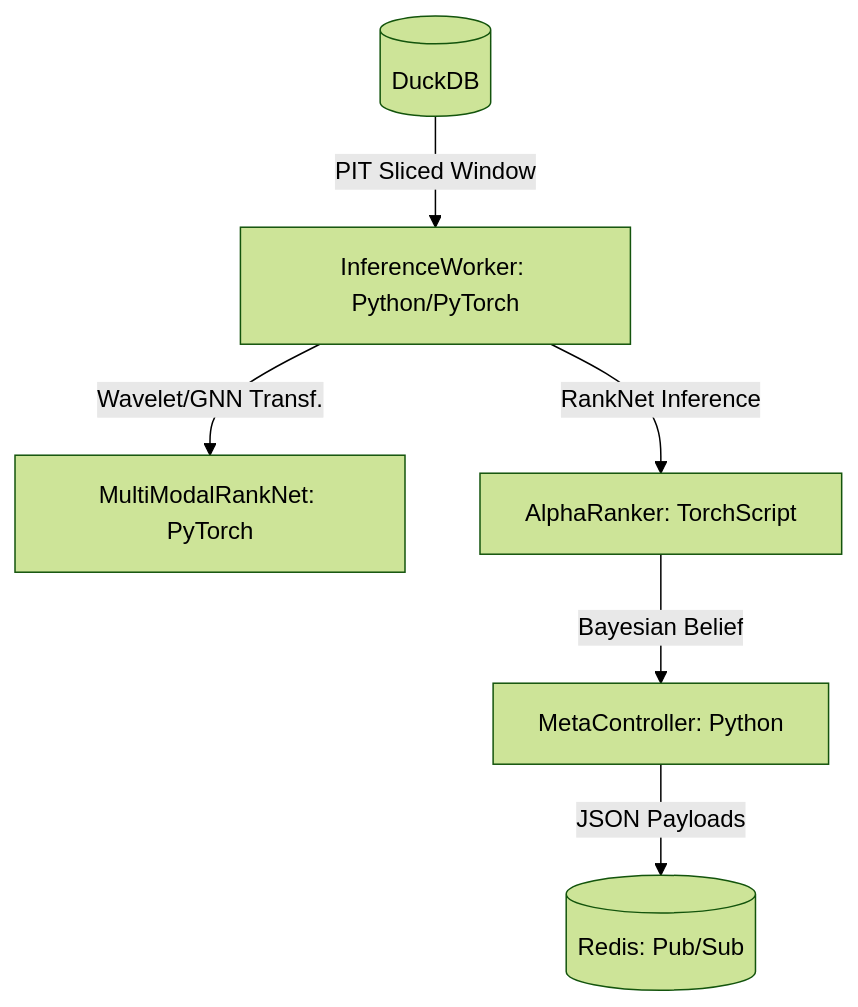
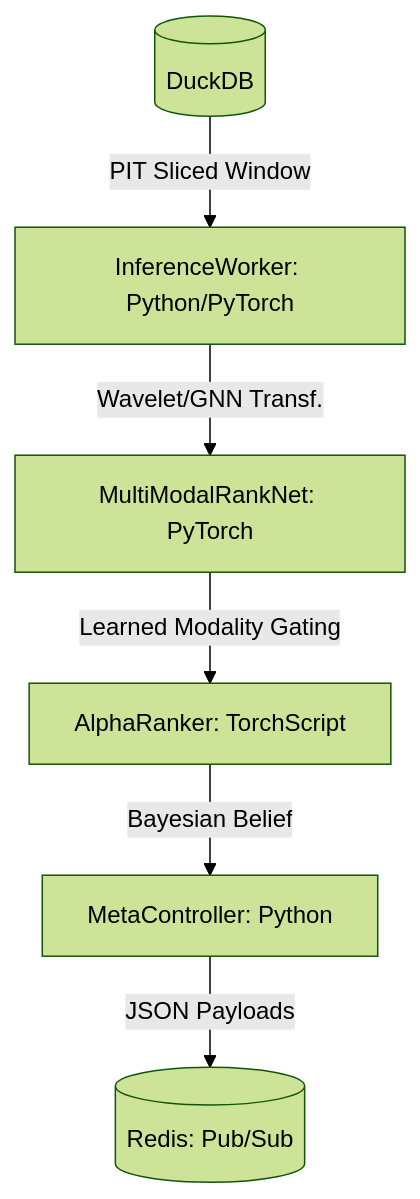
One commit to abhishek-jana/QTS2026 changed the second of 3 diagrams in README.md. Above: the diagram before and after it, drawn with Mermaid (forest theme). The commit also changed other lines of this file and 3 other files, not shown here.

Commit message:
Docs: Synchronized all architectural diagrams, research logs, and PRDs with the Quad-Modality Gating baseline.

````diff
--- a/README.md
+++ b/README.md
@@ -18,8 +18,8 @@
 ```mermaid
 graph TD
     A[(DuckDB)] -- "PIT Sliced Window" --> B[InferenceWorker: Python/PyTorch]
     B -- Wavelet/GNN Transf. --> C[MultiModalRankNet: PyTorch]
-    B -- RankNet Inference --> D[AlphaRanker: TorchScript]
+    C -- "Learned Modality Gating" --> D[AlphaRanker: TorchScript]
     D -- Bayesian Belief --> E[MetaController: Python]
     E -- JSON Payloads --> F[(Redis: Pub/Sub)]
 ```
````
